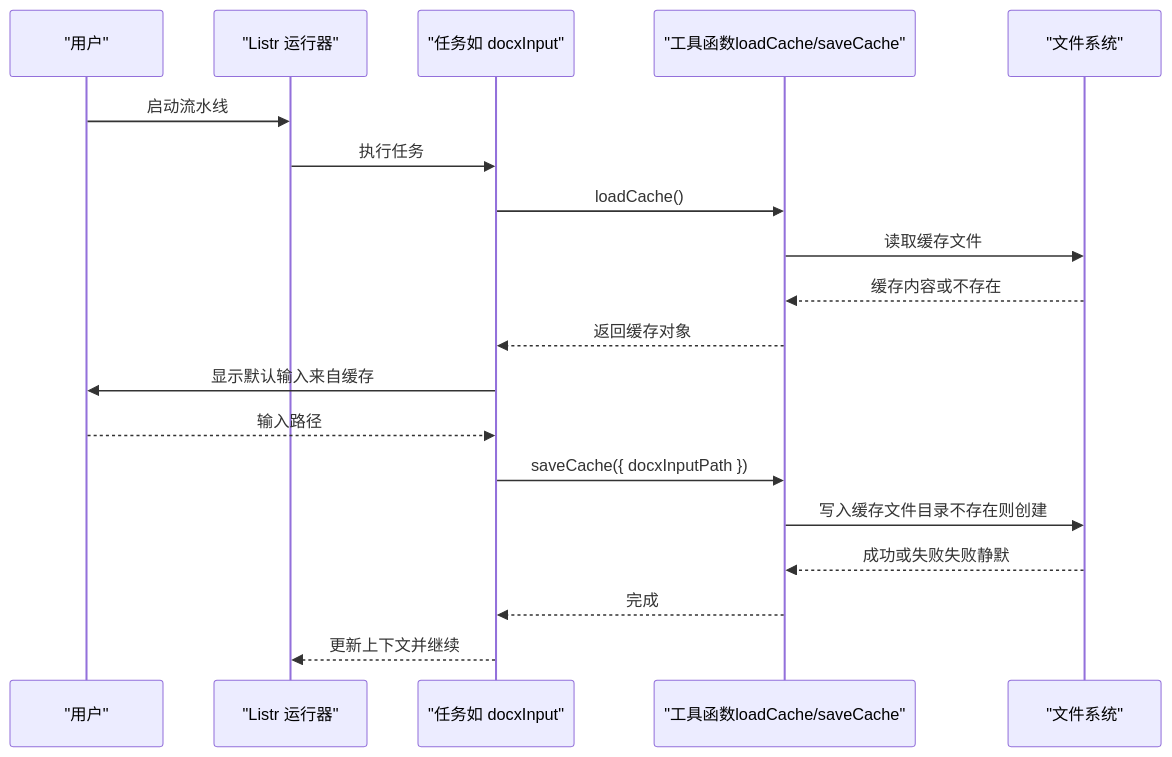
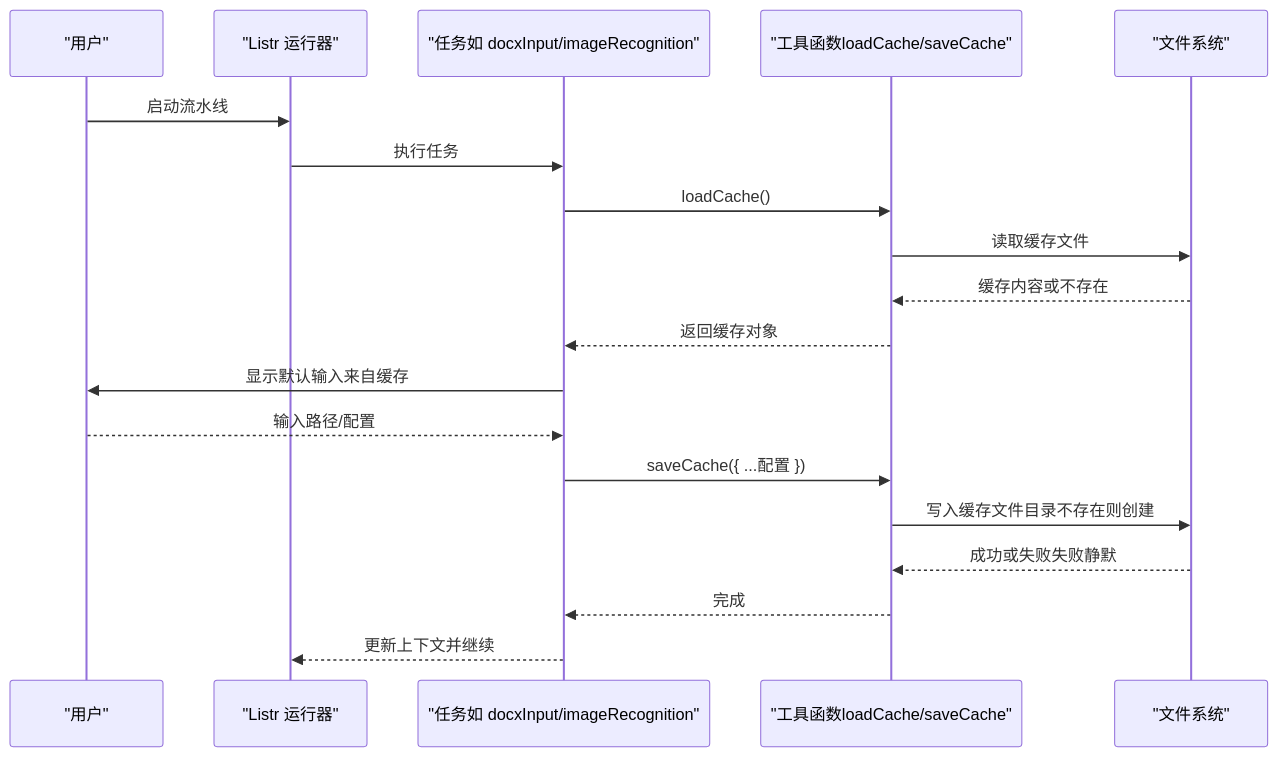
Before and after one commit to hllshiro/doc2md-cli: the second of 6 diagrams in .qoder/repowiki/zh/content/工具函数模块.md, drawn with Mermaid. The commit also changed other lines of this file and 3 other files, not shown here.

````diff
--- a/.qoder/repowiki/zh/content/工具函数模块.md
+++ b/.qoder/repowiki/zh/content/工具函数模块.md
@@ -105,21 +123,21 @@
 ```mermaid
 sequenceDiagram
 participant User as "用户"
 participant Runner as "Listr 运行器"
-participant Task as "任务如 docxInput"
+participant Task as "任务如 docxInput/imageRecognition"
 participant Utils as "工具函数loadCache/saveCache"
 participant FS as "文件系统"
 User->>Runner : 启动流水线
 Runner->>Task : 执行任务
 Task->>Utils : loadCache()
 Utils->>FS : 读取缓存文件
 FS-->>Utils : 缓存内容或不存在
 Utils-->>Task : 返回缓存对象
 Task->>User : 显示默认输入来自缓存
-User-->>Task : 输入路径
-Task->>Utils : saveCache({ docxInputPath })
+User-->>Task : 输入路径/配置
+Task->>Utils : saveCache({ ...配置 })
 Utils->>FS : 写入缓存文件目录不存在则创建
 FS-->>Utils : 成功或失败失败静默
 Utils-->>Task : 完成
 Task-->>Runner : 更新上下文并继续
 ```
````
